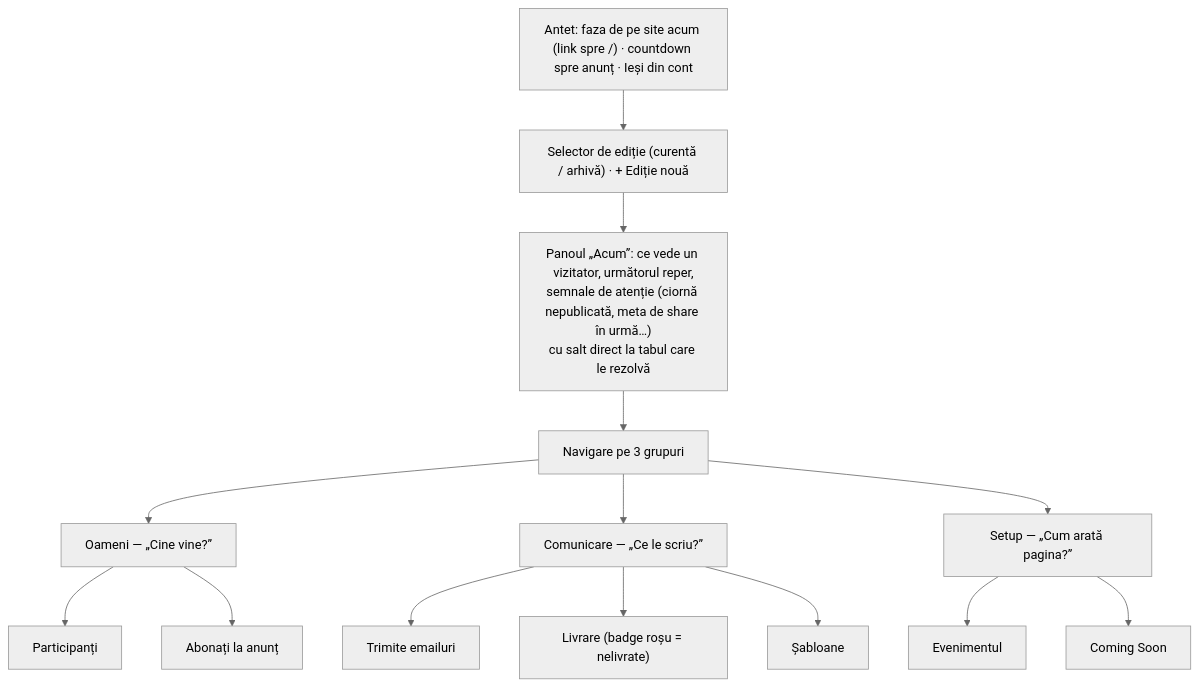
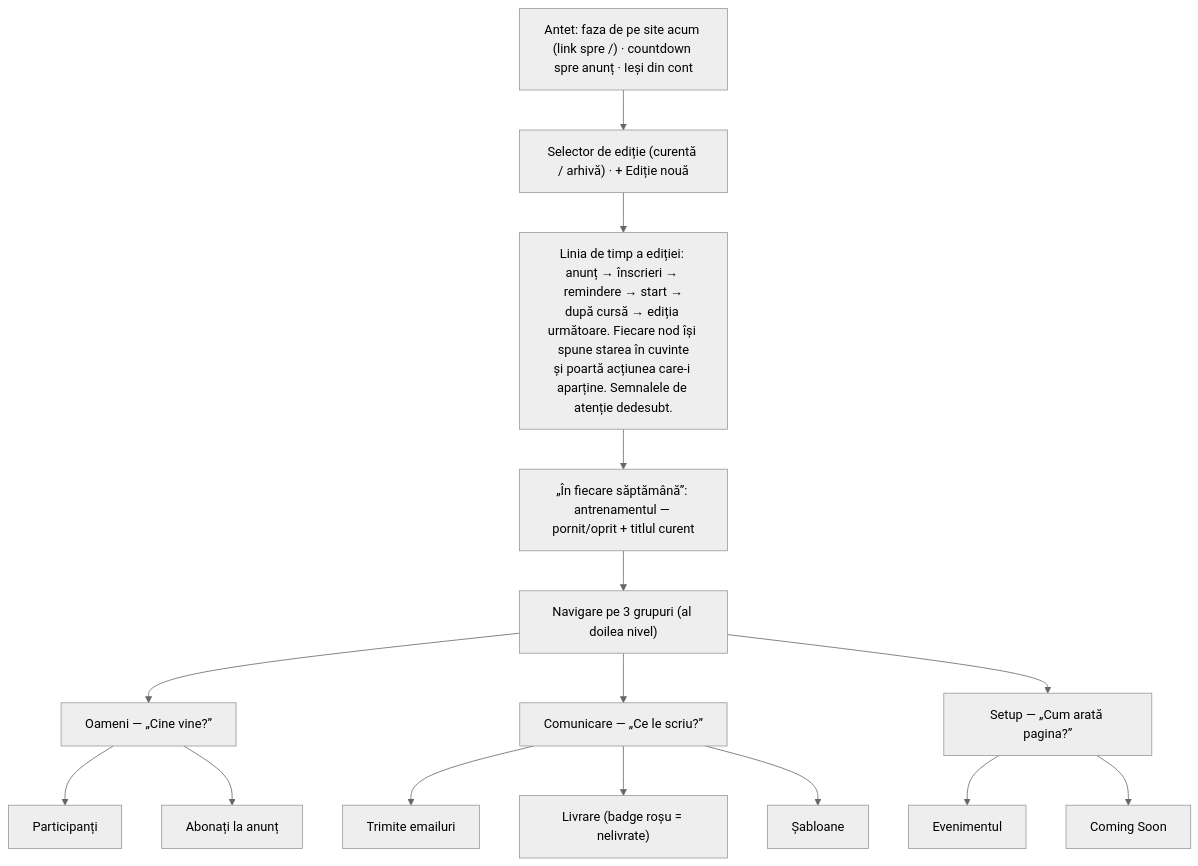
One commit to vladrightjump/run-lift-landing changed diagram 12 of 17 in docs/FLUXURI.md. Above: the diagram before and after it, drawn with Mermaid (neutral theme). The commit also changed other lines of this file and 1 other file, not shown here.

First line of the commit message:
docs: linia de timp si blocul saptamanal in FLUXURI si README

````diff
--- a/docs/FLUXURI.md
+++ b/docs/FLUXURI.md
@@ -406,18 +407,19 @@
 ```mermaid
 flowchart TB
   TOP["Antet: faza de pe site acum (link spre /) · countdown spre anunț · Ieși din cont"]
   ED["Selector de ediție (curentă / arhivă) · + Ediție nouă"]
-  ACUM["Panoul „Acum”: ce vede un vizitator, următorul reper,<br/>semnale de atenție (ciornă nepublicată, meta de share în urmă…)<br/>cu salt direct la tabul care le rezolvă"]
-  NAV["Navigare pe 3 grupuri"]
-  TOP --> ED --> ACUM --> NAV
+  LINIE["Linia de timp a ediției: anunț → înscrieri → remindere → start →<br/>după cursă → ediția următoare. Fiecare nod își spune starea în cuvinte<br/>și poartă acțiunea care-i aparține. Semnalele de atenție dedesubt."]
+  SAPT["„În fiecare săptămână”: antrenamentul — pornit/oprit + titlul curent"]
+  NAV["Navigare pe 3 grupuri (al doilea nivel)"]
+  TOP --> ED --> LINIE --> SAPT --> NAV
   NAV --> O["Oameni — „Cine vine?”"]
   NAV --> C["Comunicare — „Ce le scriu?”"]
   NAV --> S["Setup — „Cum arată pagina?”"]
   O --> O1[Participanți]
   O --> O2[Abonați la anunț]
   C --> C1[Trimite emailuri]
   C --> C2["Livrare (badge roșu = nelivrate)"]
   C --> C3[Șabloane]
   S --> S1[Evenimentul]
   S --> S2[Coming Soon]
 ```
````
